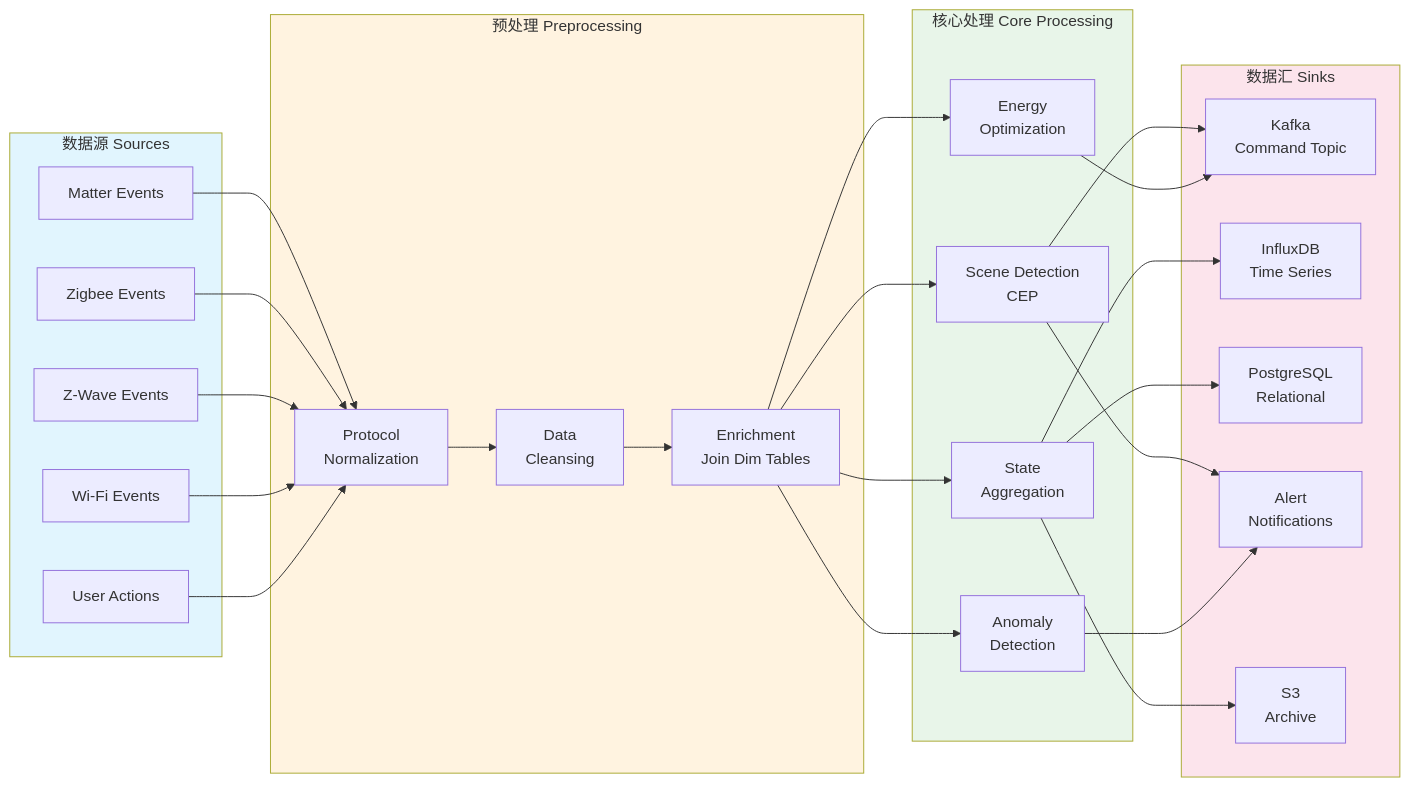
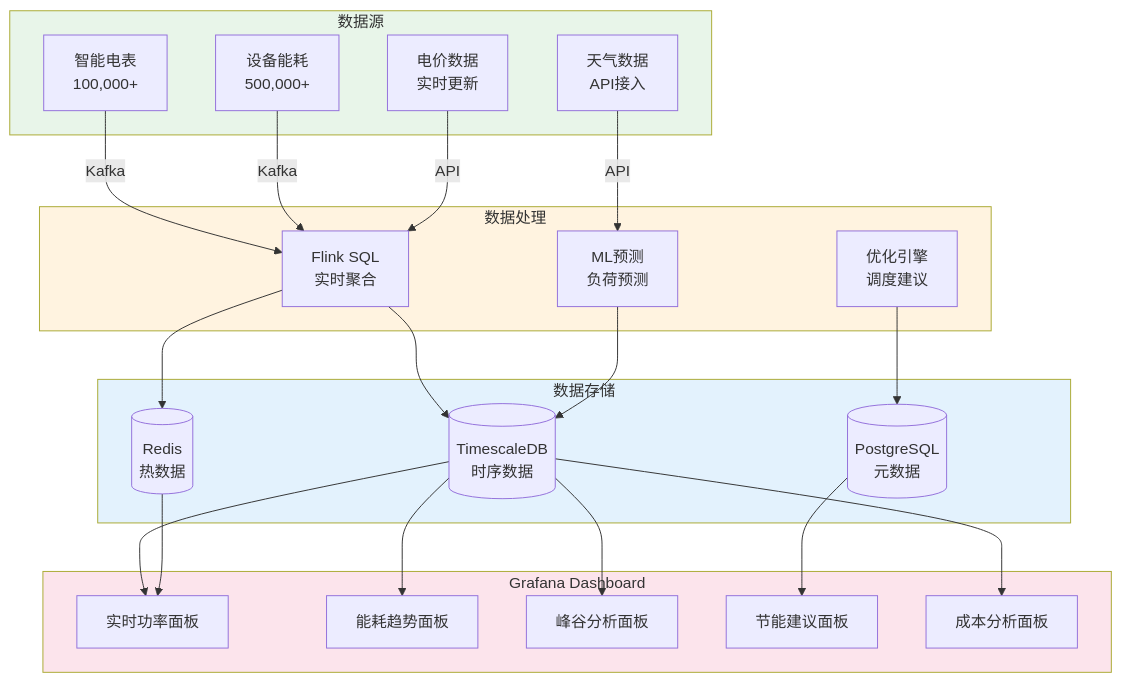
One commit to AdaMartin18010/AnalysisDataFlow changed the fifth of 5 diagrams in Flink-IoT-Authority-Alignment/Phase-9-Smart-Home/case-smart-home-complete.md. Above: the diagram before and after it, drawn with Mermaid. The commit also changed other lines of this file and 8 other files, not shown here.

````diff
--- a/Flink-IoT-Authority-Alignment/Phase-9-Smart-Home/case-smart-home-complete.md
+++ b/Flink-IoT-Authority-Alignment/Phase-9-Smart-Home/case-smart-home-complete.md
@@ -243,57 +3016,51 @@
 ```mermaid
-graph LR
-    subgraph Sources["数据源 Sources"]
-        S1[Matter Events]
-        S2[Zigbee Events]
-        S3[Z-Wave Events]
-        S4[Wi-Fi Events]
-        S5[User Actions]
+graph TB
+    subgraph DataSources["数据源"]
+        S1[智能电表<br/>100,000+]
+        S2[设备能耗<br/>500,000+]
+        S3[电价数据<br/>实时更新]
+        S4[天气数据<br/>API接入]
     end
 
-    subgraph Preprocessing["预处理 Preprocessing"]
-        P1[Protocol<br/>Normalization]
-        P2[Data<br/>Cleansing]
-        P3[Enrichment<br/>Join Dim Tables]
+    subgraph Processing["数据处理"]
+        P1[Flink SQL<br/>实时聚合]
+        P2[ML预测<br/>负荷预测]
+        P3[优化引擎<br/>调度建议]
     end
 
-    subgraph Processing["核心处理 Core Processing"]
-        C1[Scene Detection<br/>CEP]
-        C2[State<br/>Aggregation]
-        C3[Anomaly<br/>Detection]
-        C4[Energy<br/>Optimization]
+    subgraph Storage["数据存储"]
+        TS[(TimescaleDB<br/>时序数据)]
+        PG[(PostgreSQL<br/>元数据)]
+        RD[(Redis<br/>热数据)]
     end
 
-    subgraph Sinks["数据汇 Sinks"]
-        K1[Kafka<br/>Command Topic]
-        K2[InfluxDB<br/>Time Series]
-        K3[PostgreSQL<br/>Relational]
-        K4[Alert<br/>Notifications]
-        K5[S3<br/>Archive]
+    subgraph Dashboard["Grafana Dashboard"]
+        D1[实时功率面板]
+        D2[能耗趋势面板]
+        D3[峰谷分析面板]
+        D4[节能建议面板]
+        D5[成本分析面板]
     end
 
-    S1 --> P1
-    S2 --> P1
-    S3 --> P1
-    S4 --> P1
-    S5 --> P1
+    S1 -->|Kafka| P1
+    S2 -->|Kafka| P1
+    S3 -->|API| P1
+    S4 -->|API| P2
 
-    P1 --> P2 --> P3
+    P1 --> TS
+    P2 --> TS
+    P3 --> PG
+    P1 --> RD
 
-    P3 --> C1
-    P3 --> C2
-    P3 --> C3
-    P3 --> C4
+    TS --> D1
+    TS --> D2
+    TS --> D3
+    PG --> D4
+    TS --> D5
+    RD --> D1
 
-    C1 --> K1
-    C1 --> K4
-    C2 --> K2
-    C3 --> K4
-    C4 --> K1
-    C2 --> K3
-    C2 --> K5
-
-    style Sources fill:#e1f5fe
-    style Preprocessing fill:#fff3e0
-    style Processing fill:#e8f5e9
-    style Sinks fill:#fce4ec
+    style DataSources fill:#e8f5e9
+    style Processing fill:#fff3e0
+    style Storage fill:#e3f2fd
+    style Dashboard fill:#fce4ec
 ```
````
